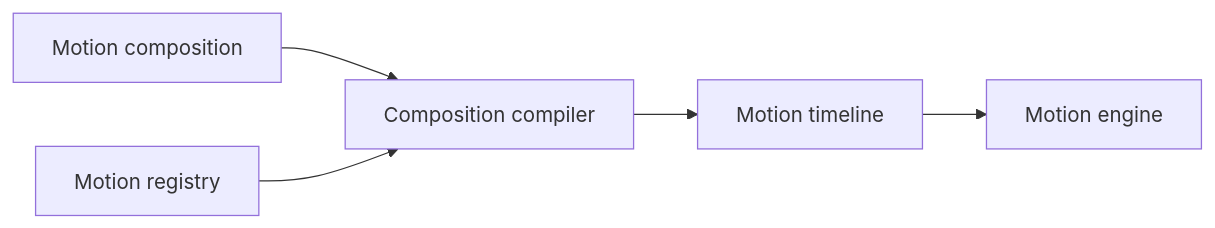
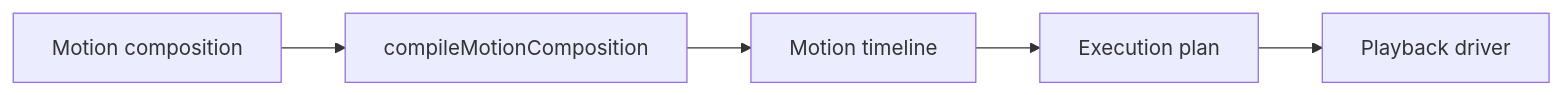
The diagram in website/docs/guides/compositions.md (MoaazKHASSAWNEH/tiqlyne), drawn with Mermaid before and after one commit. The commit also changed other lines of this file and 12 other files, not shown here.

````diff
--- a/website/docs/guides/compositions.md
+++ b/website/docs/guides/compositions.md
@@ -11,7 +11,7 @@
 ```mermaid
 flowchart LR
-  Composition["Motion composition"] --> Compiler["Composition compiler"]
-  Registry["Motion registry"] --> Compiler
+  Composition["Motion composition"] --> Compiler["compileMotionComposition"]
   Compiler --> Timeline["Motion timeline"]
-  Timeline --> Engine["Motion engine"]
+  Timeline --> Plan["Execution plan"]
+  Plan --> Driver["Playback driver"]
 ```
````
